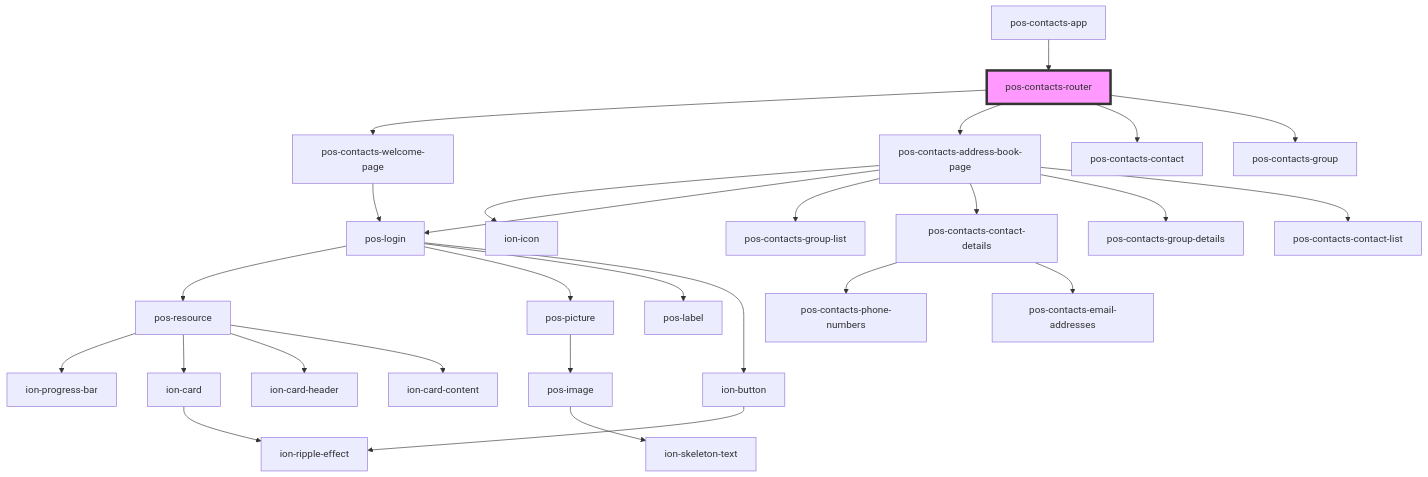
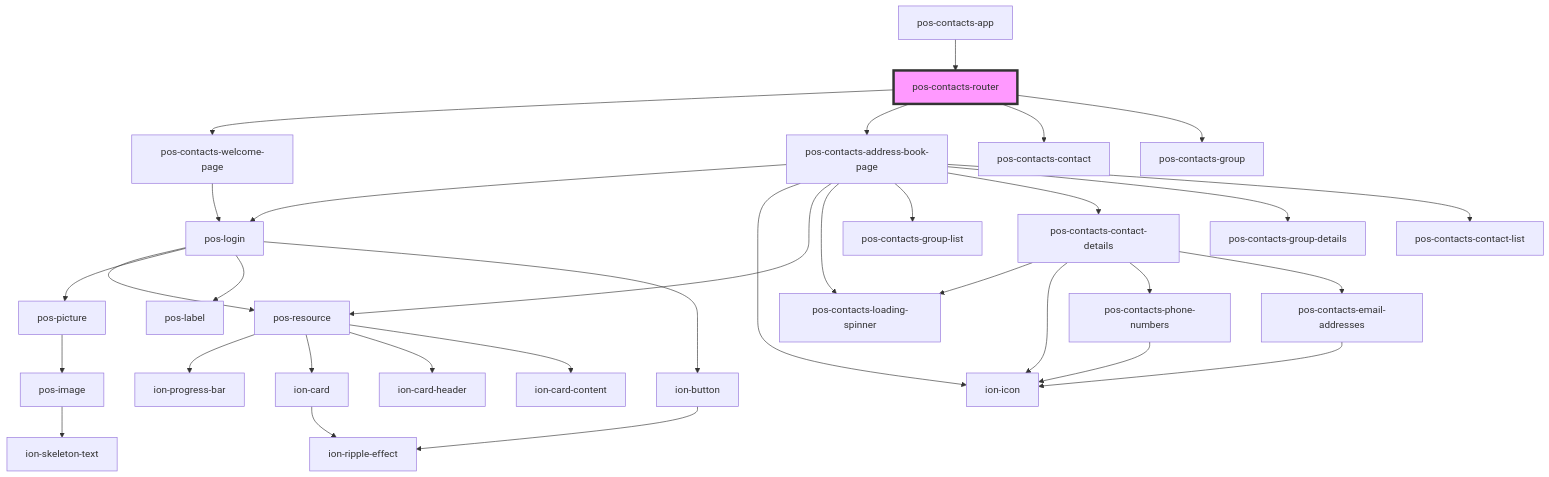
Before and after one commit to pod-os/PodOS: the diagram in contacts/src/components/router/readme.md, drawn with Mermaid. The commit also changed 6 other files, not shown here.

````diff
--- a/contacts/src/components/router/readme.md
+++ b/contacts/src/components/router/readme.md
@@ -29,30 +29,36 @@
 ```mermaid
 graph TD;
   pos-contacts-router --> pos-contacts-welcome-page
   pos-contacts-router --> pos-contacts-address-book-page
   pos-contacts-router --> pos-contacts-contact
   pos-contacts-router --> pos-contacts-group
   pos-contacts-welcome-page --> pos-login
   pos-login --> pos-resource
   pos-login --> pos-picture
   pos-login --> pos-label
   pos-login --> ion-button
   pos-resource --> ion-progress-bar
   pos-resource --> ion-card
   pos-resource --> ion-card-header
   pos-resource --> ion-card-content
   ion-card --> ion-ripple-effect
   pos-picture --> pos-image
   pos-image --> ion-skeleton-text
   ion-button --> ion-ripple-effect
+  pos-contacts-address-book-page --> pos-login
   pos-contacts-address-book-page --> ion-icon
-  pos-contacts-address-book-page --> pos-login
+  pos-contacts-address-book-page --> pos-resource
+  pos-contacts-address-book-page --> pos-contacts-loading-spinner
   pos-contacts-address-book-page --> pos-contacts-group-list
   pos-contacts-address-book-page --> pos-contacts-contact-details
   pos-contacts-address-book-page --> pos-contacts-group-details
   pos-contacts-address-book-page --> pos-contacts-contact-list
+  pos-contacts-contact-details --> pos-contacts-loading-spinner
+  pos-contacts-contact-details --> ion-icon
   pos-contacts-contact-details --> pos-contacts-phone-numbers
   pos-contacts-contact-details --> pos-contacts-email-addresses
+  pos-contacts-phone-numbers --> ion-icon
+  pos-contacts-email-addresses --> ion-icon
   pos-contacts-app --> pos-contacts-router
   style pos-contacts-router fill:#f9f,stroke:#333,stroke-width:4px
 ```
````
